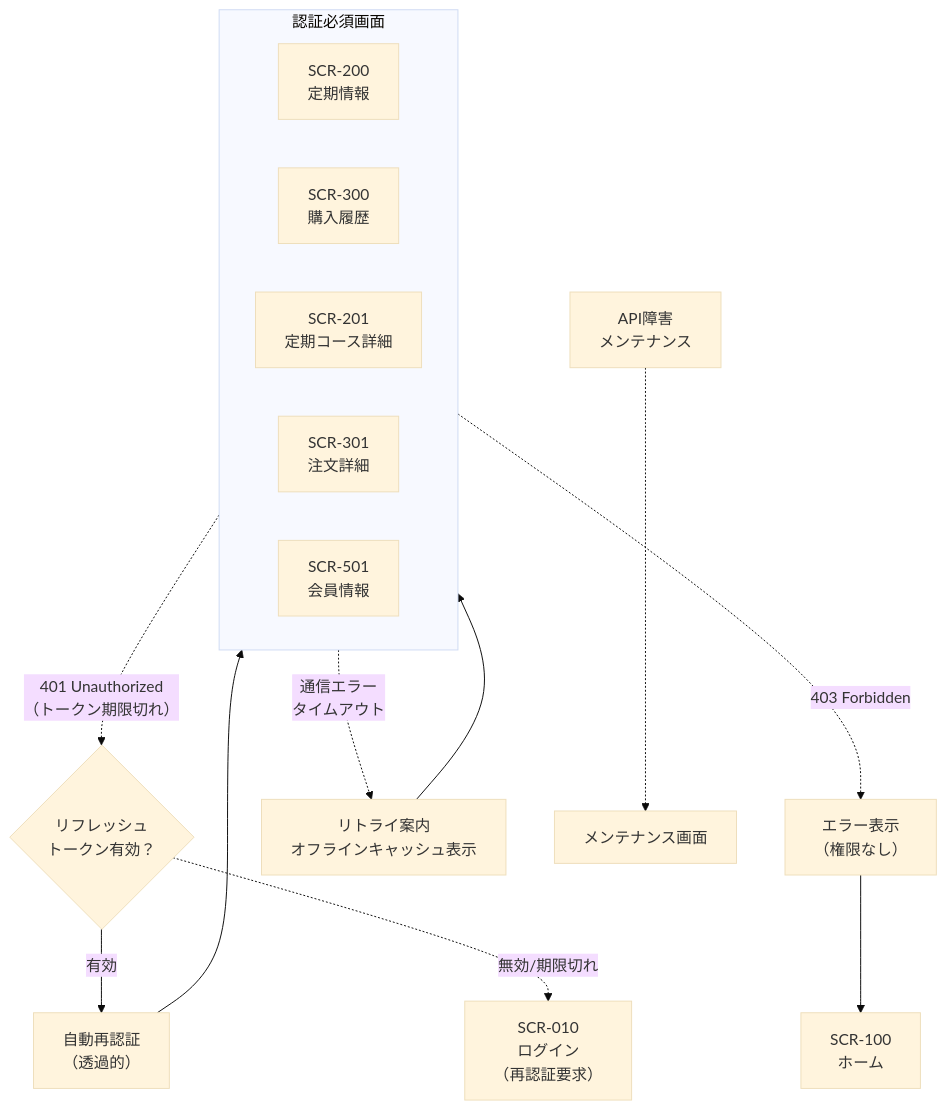
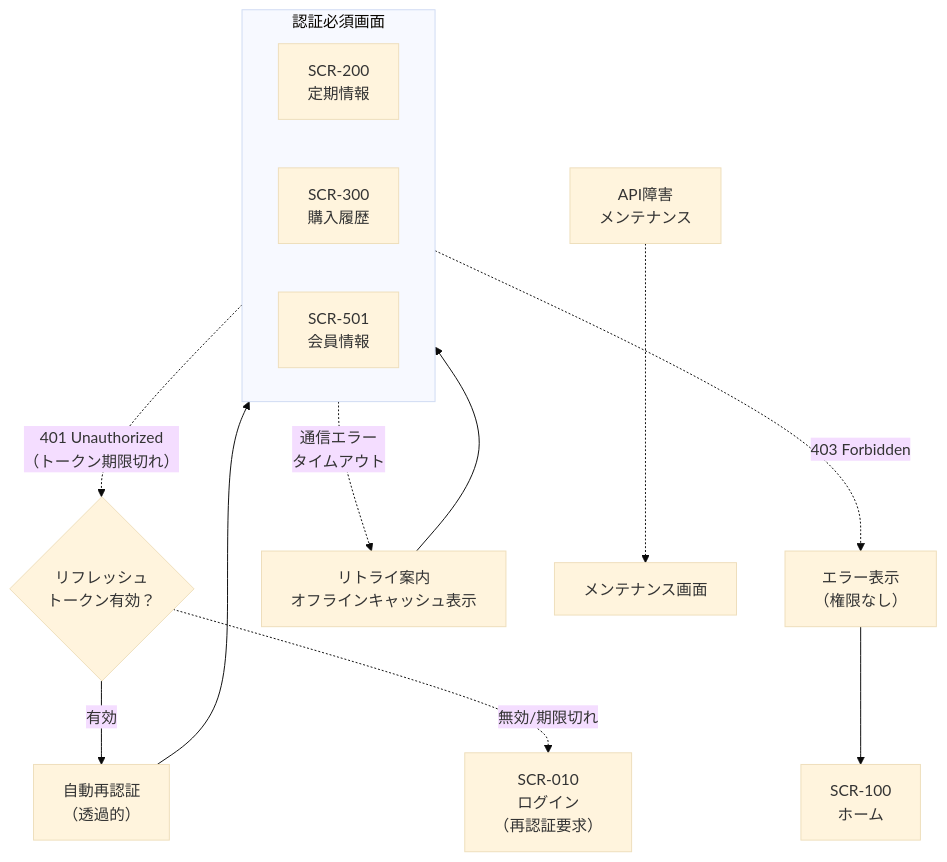
One commit to YukaHasebe/bi-su-app changed diagram 15 of 17 in docs/04_画面遷移図.md. Above: the diagram before and after it, drawn with Mermaid (base theme). The commit also changed other lines of this file and 6 other files, not shown here.

````diff
--- a/docs/04_画面遷移図.md
+++ b/docs/04_画面遷移図.md
@@ -384,23 +377,21 @@
 ```mermaid
 flowchart TD
     subgraph PROTECTED["認証必須画面"]
         SCR200["SCR-200\n定期情報"]
         SCR300["SCR-300\n購入履歴"]
-        SCR201["SCR-201\n定期コース詳細"]
-        SCR301["SCR-301\n注文詳細"]
         SCR501["SCR-501\n会員情報"]
     end
 
     PROTECTED -.->|"401 Unauthorized\n（トークン期限切れ）"| REFRESH{"リフレッシュ\nトークン有効？"}
     REFRESH -->|有効| RENEW["自動再認証\n（透過的）"]
     RENEW --> PROTECTED
     REFRESH -.->|無効/期限切れ| LOGIN["SCR-010\nログイン\n（再認証要求）"]
 
     PROTECTED -.->|"403 Forbidden"| ERROR["エラー表示\n（権限なし）"]
     ERROR --> HOME["SCR-100\nホーム"]
 
     PROTECTED -.->|"通信エラー\nタイムアウト"| RETRY["リトライ案内\nオフラインキャッシュ表示"]
     RETRY --> PROTECTED
 
     API["API障害\nメンテナンス"] -.-> MAINT["メンテナンス画面"]
 ```
````
